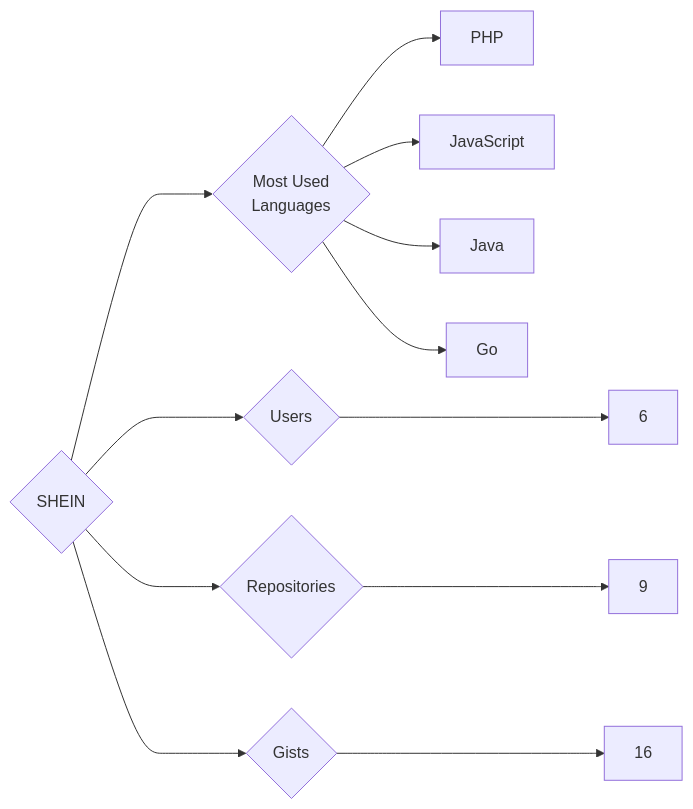
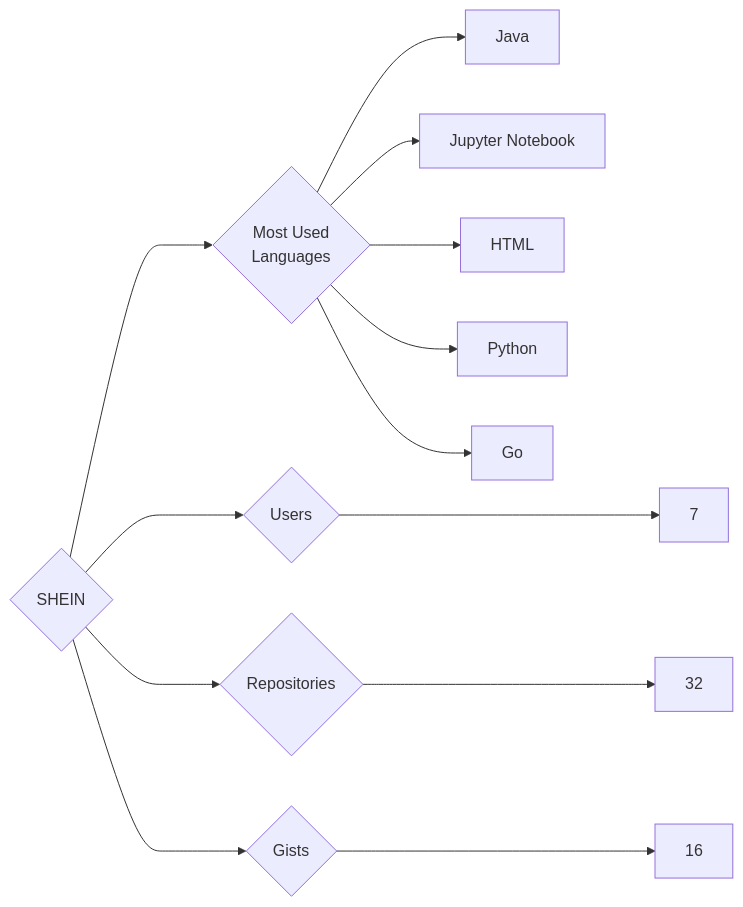
The diagram in targets/SHEIN/README.md (trickest/insiders), drawn with Mermaid before and after one commit. The commit also changed 939 other files, not shown here.

````diff
--- a/targets/SHEIN/README.md
+++ b/targets/SHEIN/README.md
@@ -3,12 +3,13 @@
 ```mermaid
 graph LR
 COMPANY_NAME{SHEIN}
-COMPANY_NAME ---> U{Users} ---> UN[6]
-COMPANY_NAME ---> R{Repositories} ---> RN[9]
+COMPANY_NAME ---> U{Users} ---> UN[7]
+COMPANY_NAME ---> R{Repositories} ---> RN[32]
 COMPANY_NAME ---> G{Gists} ---> GN[16]
 COMPANY_NAME ---> ML{Most Used<br>Languages}
-ML --> PHP[PHP]
-ML --> JavaScript[JavaScript]
 ML --> Java[Java]
+ML --> Jupyter_Notebook[Jupyter Notebook]
+ML --> HTML[HTML]
+ML --> Python[Python]
 ML --> Go[Go]
 ```
````
